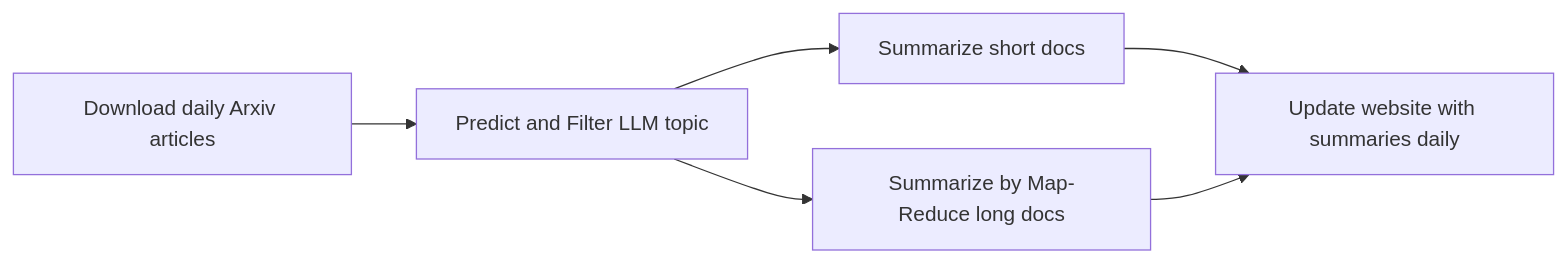
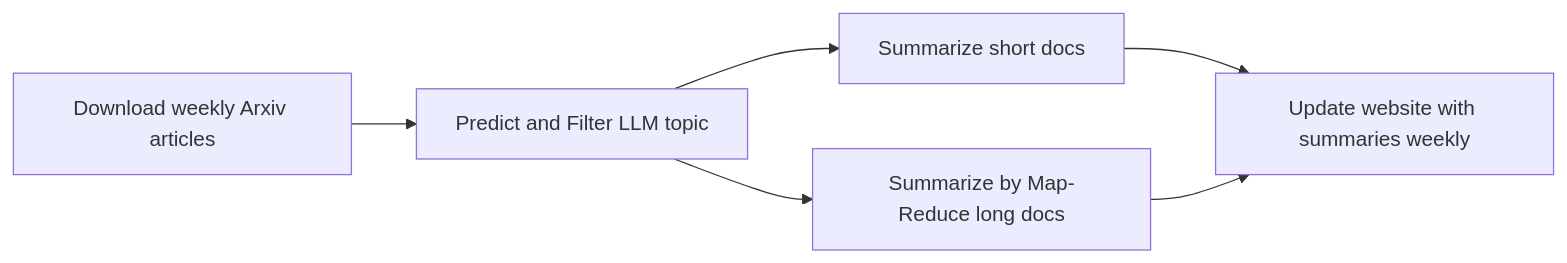
One commit to wesslen/bayesian-beagle changed the diagram in README.md. Above: the diagram before and after it, drawn with Mermaid.

````diff
--- a/README.md
+++ b/README.md
@@ -7,8 +7,8 @@
 ```mermaid
 graph LR
-    A["Download daily Arxiv articles"] --> B["Predict and Filter LLM topic"]
+    A["Download weekly Arxiv articles"] --> B["Predict and Filter LLM topic"]
     B --> C["Summarize short docs"]
     B --> D["Summarize by Map-Reduce long docs"]
-    C --> E["Update website with summaries daily"]
+    C --> E["Update website with summaries weekly"]
     D --> E
 ```
````
